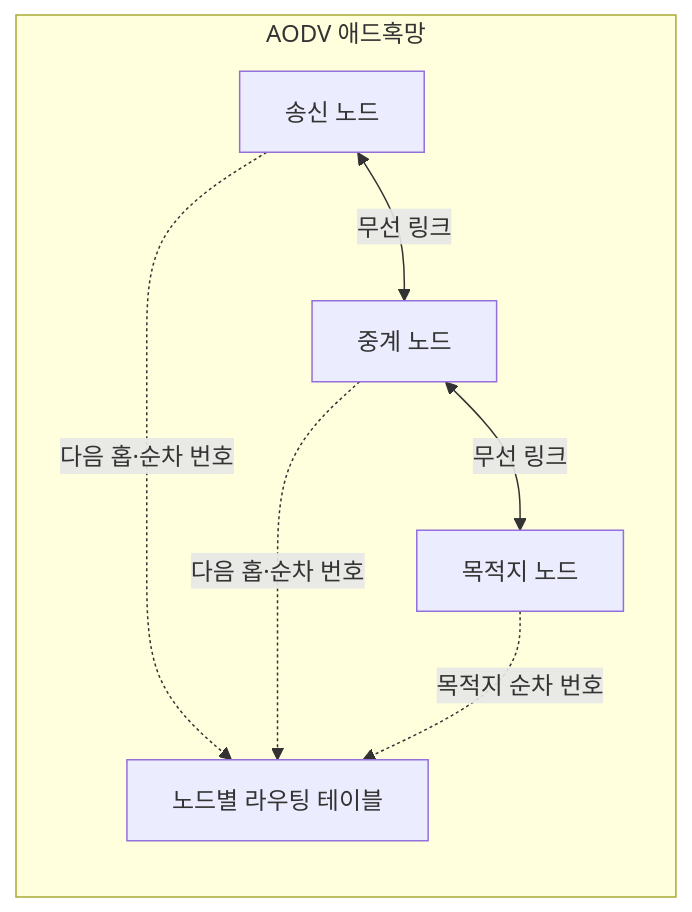
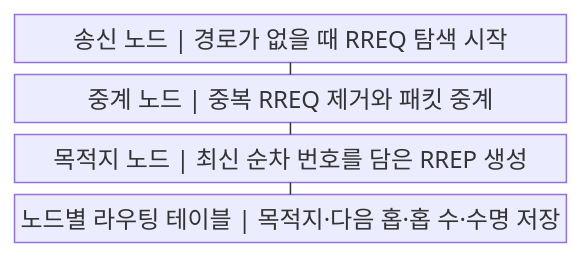
The first of 2 diagrams in src/content/docs/notes/04-network/053_ad_hoc_aodv.md (agnusdei1207/knowledge-base), drawn with Mermaid before and after one commit. The commit also changed other lines of this file and 20 other files, not shown here.

````diff
--- a/src/content/docs/notes/04-network/053_ad_hoc_aodv.md
+++ b/src/content/docs/notes/04-network/053_ad_hoc_aodv.md
@@ -57,14 +57,11 @@
 ```mermaid
-flowchart LR
-    subgraph A[AODV 애드혹망]
-        S[송신 노드]
-        I[중계 노드]
-        D[목적지 노드]
-        T[노드별 라우팅 테이블]
-        S <-->|무선 링크| I
-        I <-->|무선 링크| D
-        S -.->|다음 홉·순차 번호| T
-        I -.->|다음 홉·순차 번호| T
-        D -.->|목적지 순차 번호| T
-    end
+block
+    columns 1
+    A["송신 노드 | 경로가 없을 때 RREQ 탐색 시작"]
+    B["중계 노드 | 중복 RREQ 제거와 패킷 중계"]
+    C["목적지 노드 | 최신 순차 번호를 담은 RREP 생성"]
+    D["노드별 라우팅 테이블 | 목적지·다음 홉·홉 수·수명 저장"]
+    A --- B
+    B --- C
+    C --- D
 ```
````
